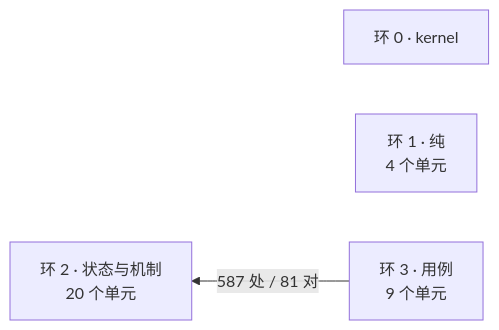
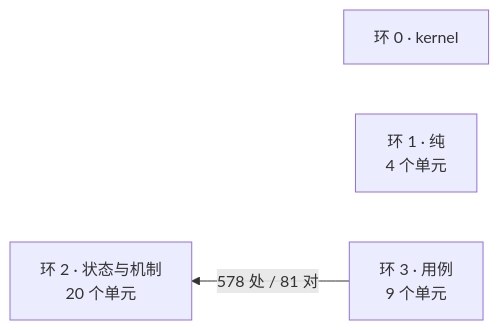
The diagram in docs/architecture/dependency-map.md (theRMM714/Solomni), drawn with Mermaid before and after one commit. The commit also changed other lines of this file and 24 other files, not shown here.

````diff
--- a/docs/architecture/dependency-map.md
+++ b/docs/architecture/dependency-map.md
@@ -14,8 +14,8 @@
 ```mermaid
 flowchart RL
   R0["环 0 · kernel"]
   R1["环 1 · 纯<br/>4 个单元"]
   R2["环 2 · 状态与机制<br/>20 个单元"]
   R3["环 3 · 用例<br/>9 个单元"]
-  R3 -->|"587 处 / 81 对"| R2
+  R3 -->|"578 处 / 81 对"| R2
 ```
````
